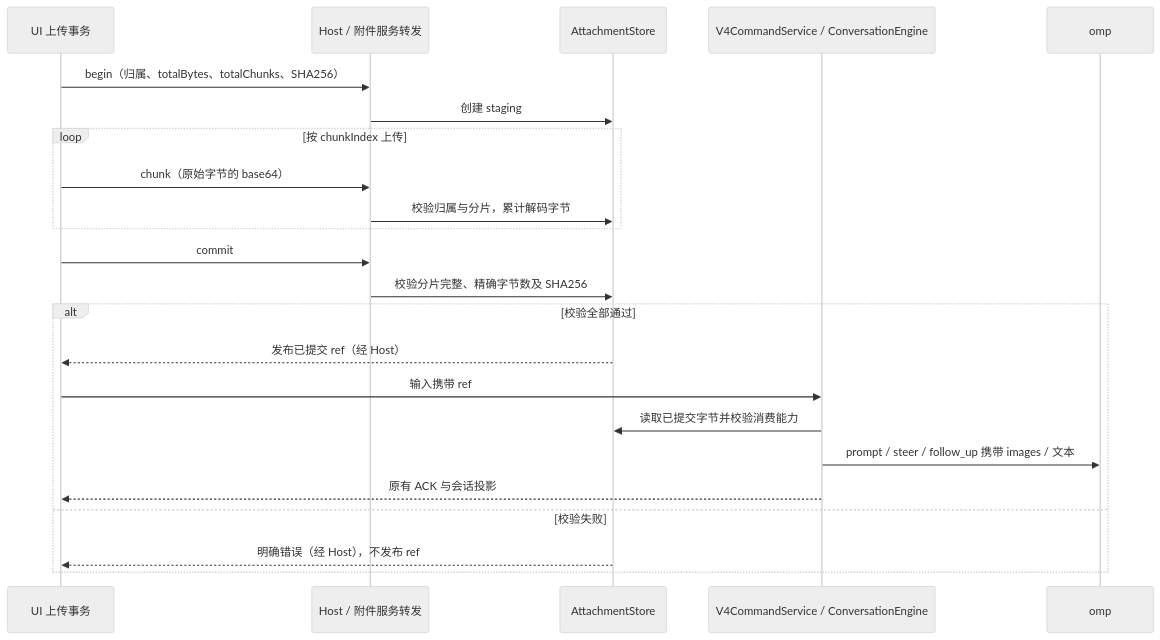
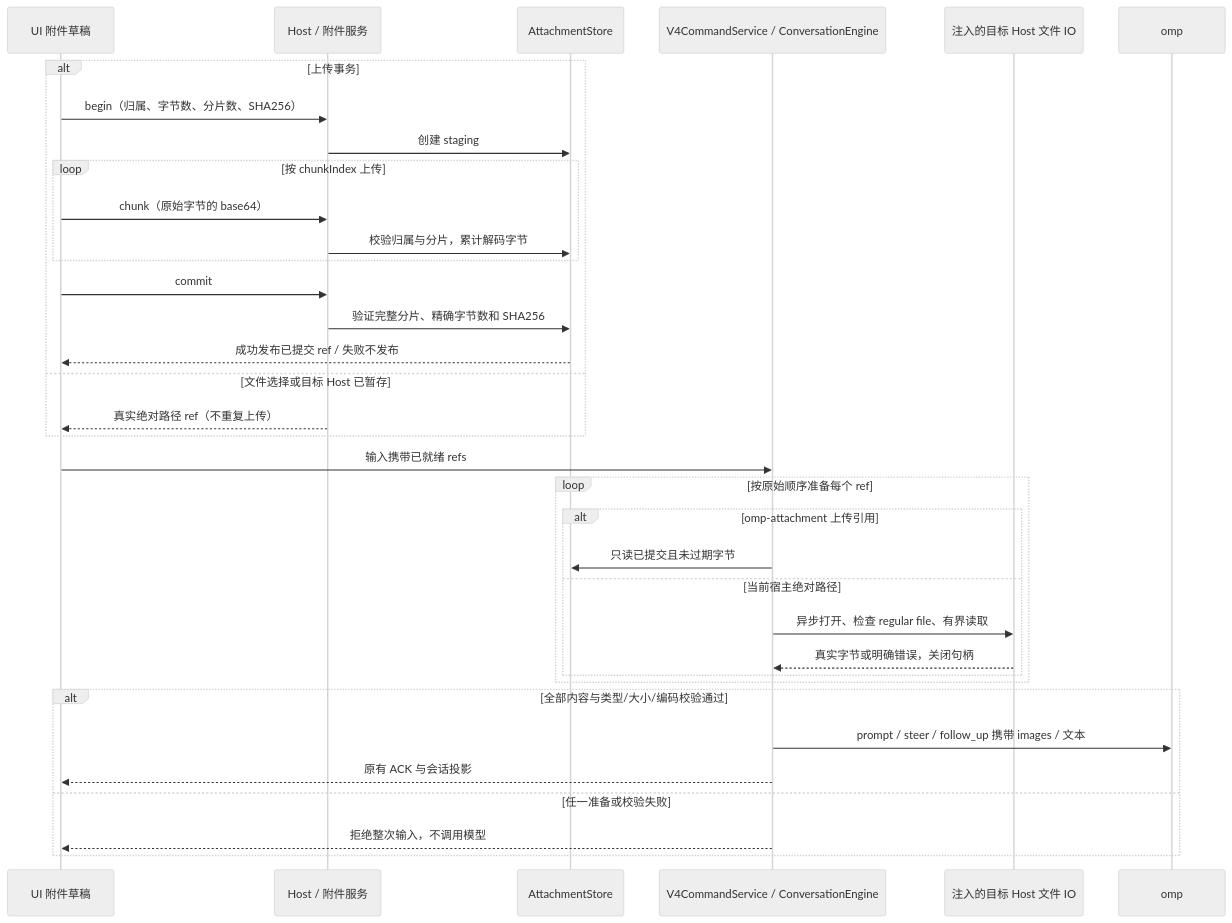
The diagram in docs/requirements/integrations.md (jchanghong023/OmpCode), drawn with Mermaid (neutral theme) before and after one commit. The commit also changed other lines of this file and 64 other files, not shown here.

````diff
--- a/docs/requirements/integrations.md
+++ b/docs/requirements/integrations.md
@@ -105,25 +107,37 @@
 ```mermaid
 sequenceDiagram
-    participant UI as UI 上传事务
-    participant Host as Host / 附件服务转发
+    participant UI as UI 附件草稿
+    participant Host as Host / 附件服务
     participant Store as AttachmentStore
     participant V4 as V4CommandService / ConversationEngine
+    participant Reader as 注入的目标 Host 文件 IO
     participant OMP as omp
-    UI->>Host: begin（归属、totalBytes、totalChunks、SHA256）
-    Host->>Store: 创建 staging
-    loop 按 chunkIndex 上传
-        UI->>Host: chunk（原始字节的 base64）
-        Host->>Store: 校验归属与分片，累计解码字节
+    alt 上传事务
+        UI->>Host: begin（归属、字节数、分片数、SHA256）
+        Host->>Store: 创建 staging
+        loop 按 chunkIndex 上传
+            UI->>Host: chunk（原始字节的 base64）
+            Host->>Store: 校验归属与分片，累计解码字节
+        end
+        UI->>Host: commit
+        Host->>Store: 验证完整分片、精确字节数和 SHA256
+        Store-->>UI: 成功发布已提交 ref / 失败不发布
+    else 文件选择或目标 Host 已暂存
+        Host-->>UI: 真实绝对路径 ref（不重复上传）
     end
-    UI->>Host: commit
-    Host->>Store: 校验分片完整、精确字节数及 SHA256
-    alt 校验全部通过
-        Store-->>UI: 发布已提交 ref（经 Host）
-        UI->>V4: 输入携带 ref
-        V4->>Store: 读取已提交字节并校验消费能力
+    UI->>V4: 输入携带已就绪 refs
+    loop 按原始顺序准备每个 ref
+        alt omp-attachment 上传引用
+            V4->>Store: 只读已提交且未过期字节
+        else 当前宿主绝对路径
+            V4->>Reader: 异步打开、检查 regular file、有界读取
+            Reader-->>V4: 真实字节或明确错误，关闭句柄
+        end
+    end
+    alt 全部内容与类型/大小/编码校验通过
         V4->>OMP: prompt / steer / follow_up 携带 images / 文本
         V4-->>UI: 原有 ACK 与会话投影
-    else 校验失败
-        Store-->>UI: 明确错误（经 Host），不发布 ref
+    else 任一准备或校验失败
+        V4-->>UI: 拒绝整次输入，不调用模型
     end
 ```
````
